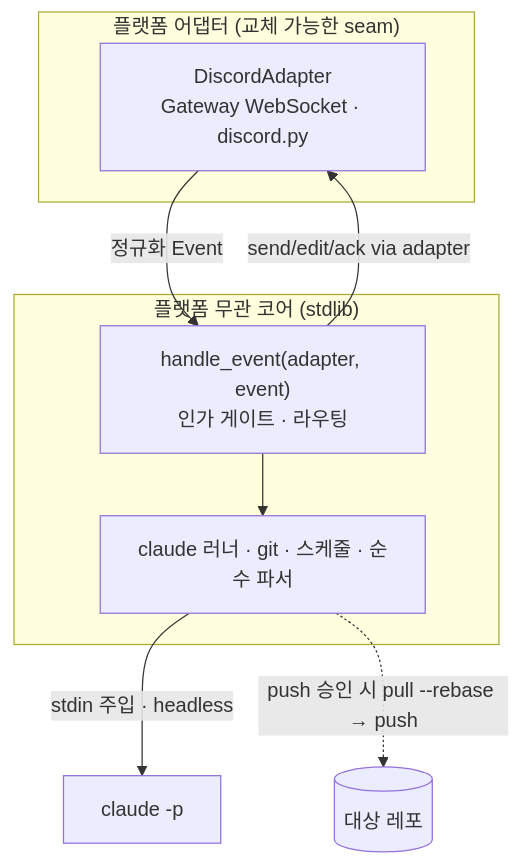
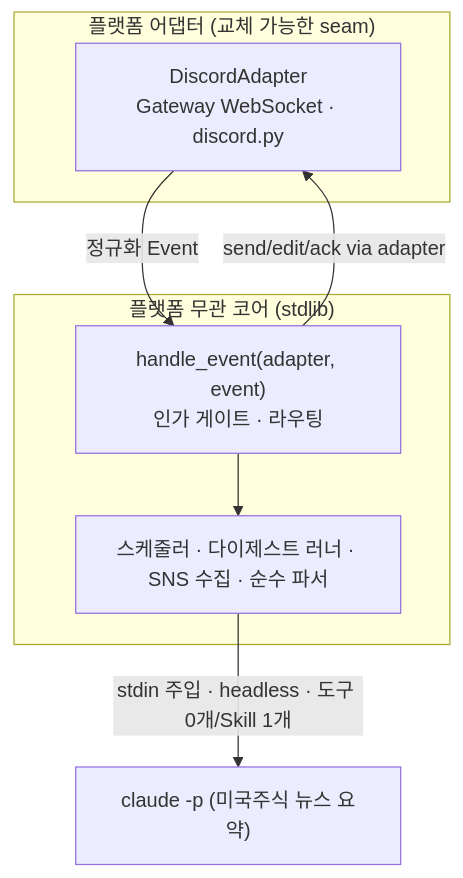
Before and after one commit to muhwa91/claude-bridge: the diagram in README.md, drawn with Mermaid. The commit also changed other lines of this file and 8 other files, not shown here.

First line of the commit message:
refactor: 프로젝트 원격 작업 삭제 · 스케줄러·시스템·음악·SNS 수집 봇으로 축소

````diff
--- a/README.md
+++ b/README.md
@@ -17,15 +19,14 @@
 ```mermaid
 graph TB
   subgraph adapters["플랫폼 어댑터 (교체 가능한 seam)"]
     dc["DiscordAdapter<br/>Gateway WebSocket · discord.py"]
   end
   subgraph core["플랫폼 무관 코어 (stdlib)"]
     disp["handle_event(adapter, event)<br/>인가 게이트 · 라우팅"]
-    run["claude 러너 · git · 스케줄 · 순수 파서"]
+    run["스케줄러 · 다이제스트 러너 · SNS 수집 · 순수 파서"]
   end
   dc -->|정규화 Event| disp
   disp -->|send/edit/ack via adapter| dc
   disp --> run
-  run -->|stdin 주입 · headless| claude["claude -p"]
-  run -.->|push 승인 시 pull --rebase → push| git[("대상 레포")]
+  run -->|stdin 주입 · headless · 도구 0개/Skill 1개| claude["claude -p (미국주식 뉴스 요약)"]
 ```
````
